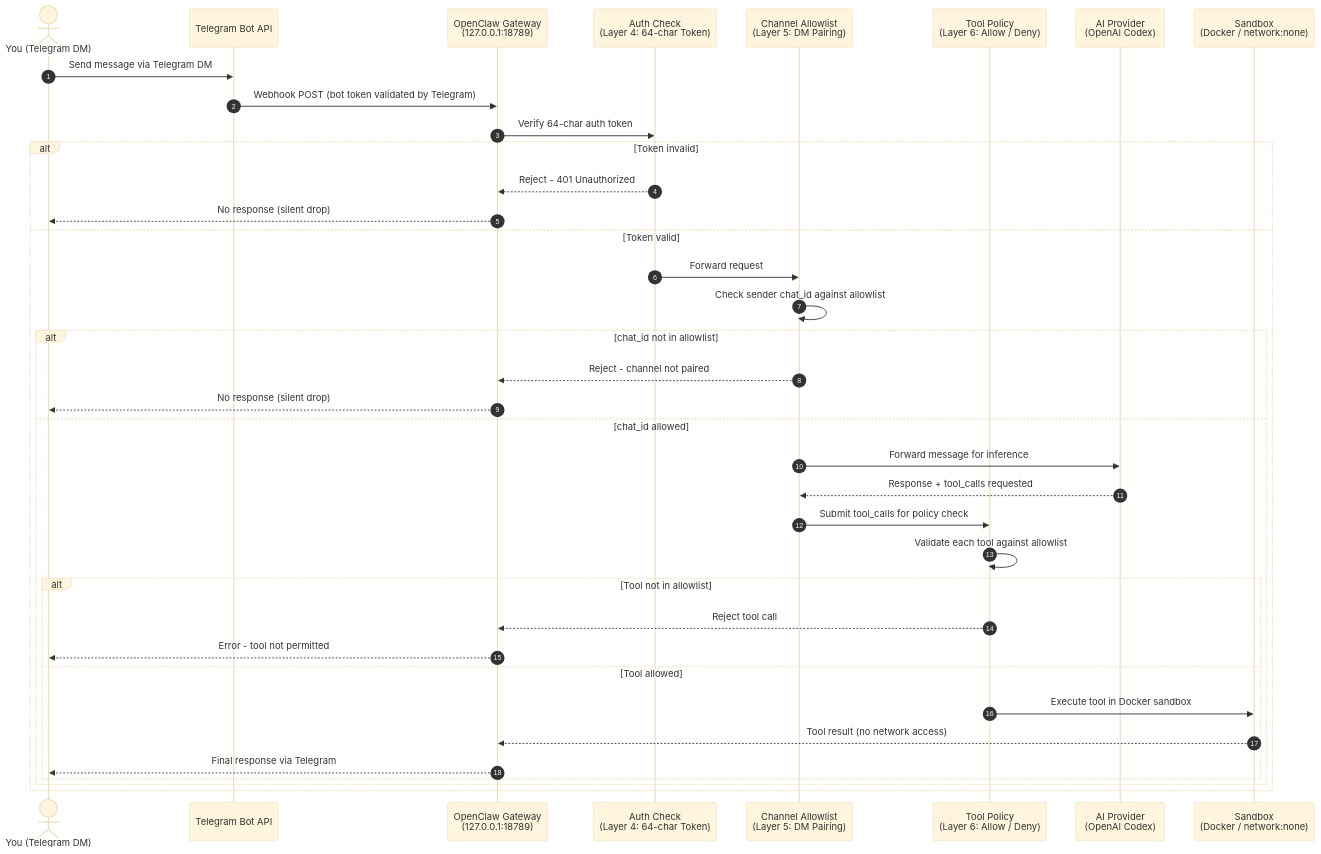
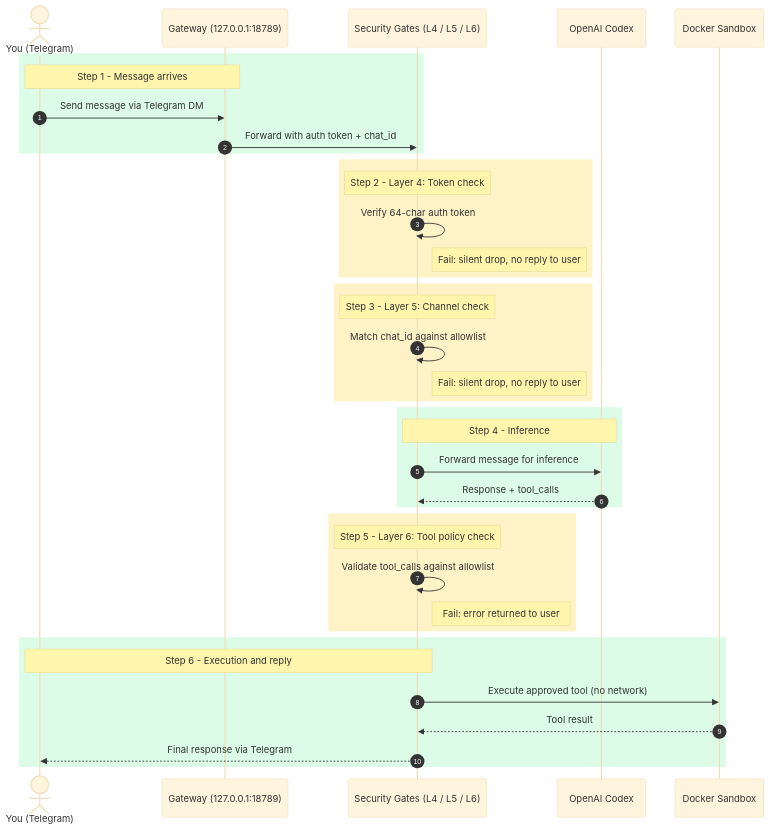
The third of 4 diagrams in docs-site/docs/security.md (vishal8shah/openclaw-personal-ai-agent), drawn with Mermaid (base theme) before and after one commit. The commit also changed other lines of this file, not shown here.

Commit message:
docs: improve Diagram 4 readability - collapse security gates, flatten alt nesting, add rect highlights

````diff
--- a/docs-site/docs/security.md
+++ b/docs-site/docs/security.md
@@ -176,40 +177,46 @@
 ```mermaid
 sequenceDiagram
     autonumber
-    actor User as You (Telegram DM)
-    participant TG as Telegram Bot API
-    participant GW as OpenClaw Gateway<br/>(127.0.0.1:18789)
-    participant L4 as Auth Check<br/>(Layer 4: 64-char Token)
-    participant L5 as Channel Allowlist<br/>(Layer 5: DM Pairing)
-    participant L6 as Tool Policy<br/>(Layer 6: Allow / Deny)
-    participant AI as AI Provider<br/>(OpenAI Codex)
-    participant SB as Sandbox<br/>(Docker / network:none)
+    actor User as You (Telegram)
+    participant GW as Gateway (127.0.0.1:18789)
+    participant Gates as Security Gates (L4 / L5 / L6)
+    participant AI as OpenAI Codex
+    participant SB as Docker Sandbox
 
-    User->>TG: Send message via Telegram DM
-    TG->>GW: Webhook POST (bot token validated by Telegram)
-    GW->>L4: Verify 64-char auth token
-    alt Token invalid
-        L4-->>GW: Reject - 401 Unauthorized
-        GW-->>User: No response (silent drop)
-    else Token valid
-        L4->>L5: Forward request
-        L5->>L5: Check sender chat_id against allowlist
-        alt chat_id not in allowlist
-            L5-->>GW: Reject - channel not paired
-            GW-->>User: No response (silent drop)
-        else chat_id allowed
-            L5->>AI: Forward message for inference
-            AI-->>L5: Response + tool_calls requested
-            L5->>L6: Submit tool_calls for policy check
-            L6->>L6: Validate each tool against allowlist
-            alt Tool not in allowlist
-                L6-->>GW: Reject tool call
-                GW-->>User: Error - tool not permitted
-            else Tool allowed
-                L6->>SB: Execute tool in Docker sandbox
-                SB-->>GW: Tool result (no network access)
-                GW-->>User: Final response via Telegram
-            end
-        end
+    rect rgb(220, 252, 231)
+        Note over User,GW: Step 1 - Message arrives
+        User->>GW: Send message via Telegram DM
+        GW->>Gates: Forward with auth token + chat_id
+    end
+
+    rect rgb(254, 243, 199)
+        Note over Gates: Step 2 - Layer 4: Token check
+        Gates->>Gates: Verify 64-char auth token
+        Note right of Gates: Fail: silent drop, no reply to user
+    end
+
+    rect rgb(254, 243, 199)
+        Note over Gates: Step 3 - Layer 5: Channel check
+        Gates->>Gates: Match chat_id against allowlist
+        Note right of Gates: Fail: silent drop, no reply to user
+    end
+
+    rect rgb(220, 252, 231)
+        Note over Gates,AI: Step 4 - Inference
+        Gates->>AI: Forward message for inference
+        AI-->>Gates: Response + tool_calls
+    end
+
+    rect rgb(254, 243, 199)
+        Note over Gates: Step 5 - Layer 6: Tool policy check
+        Gates->>Gates: Validate tool_calls against allowlist
+        Note right of Gates: Fail: error returned to user
+    end
+
+    rect rgb(220, 252, 231)
+        Note over Gates,User: Step 6 - Execution and reply
+        Gates->>SB: Execute approved tool (no network)
+        SB-->>Gates: Tool result
+        Gates-->>User: Final response via Telegram
     end
 ```
````
